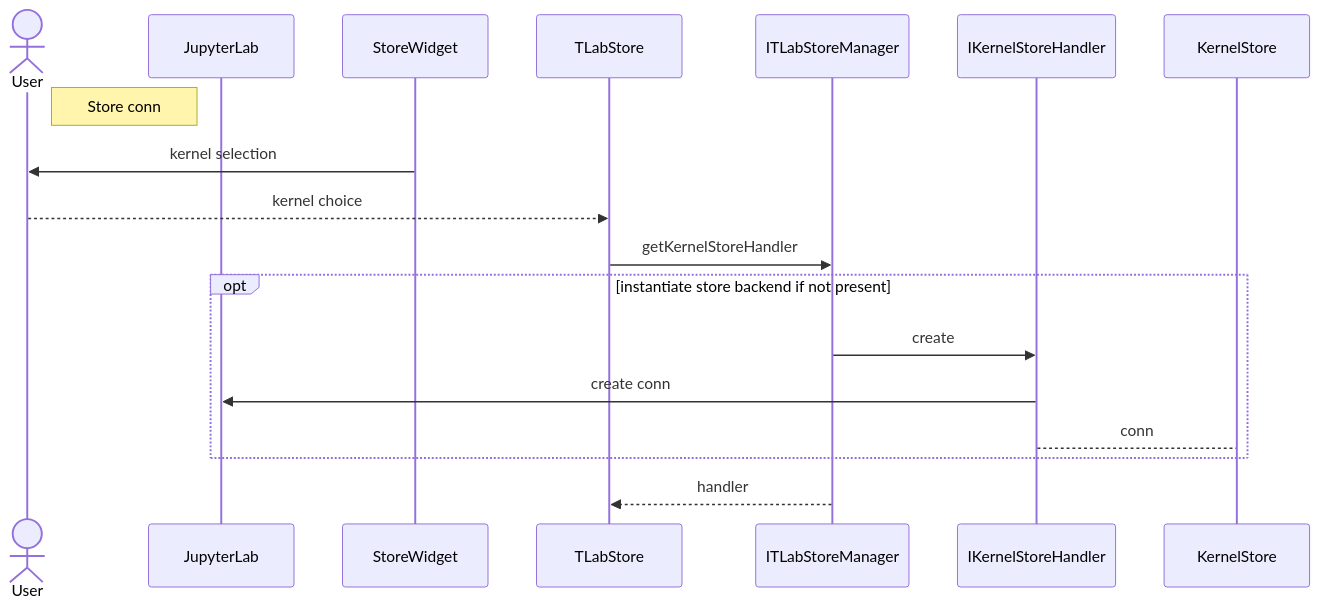
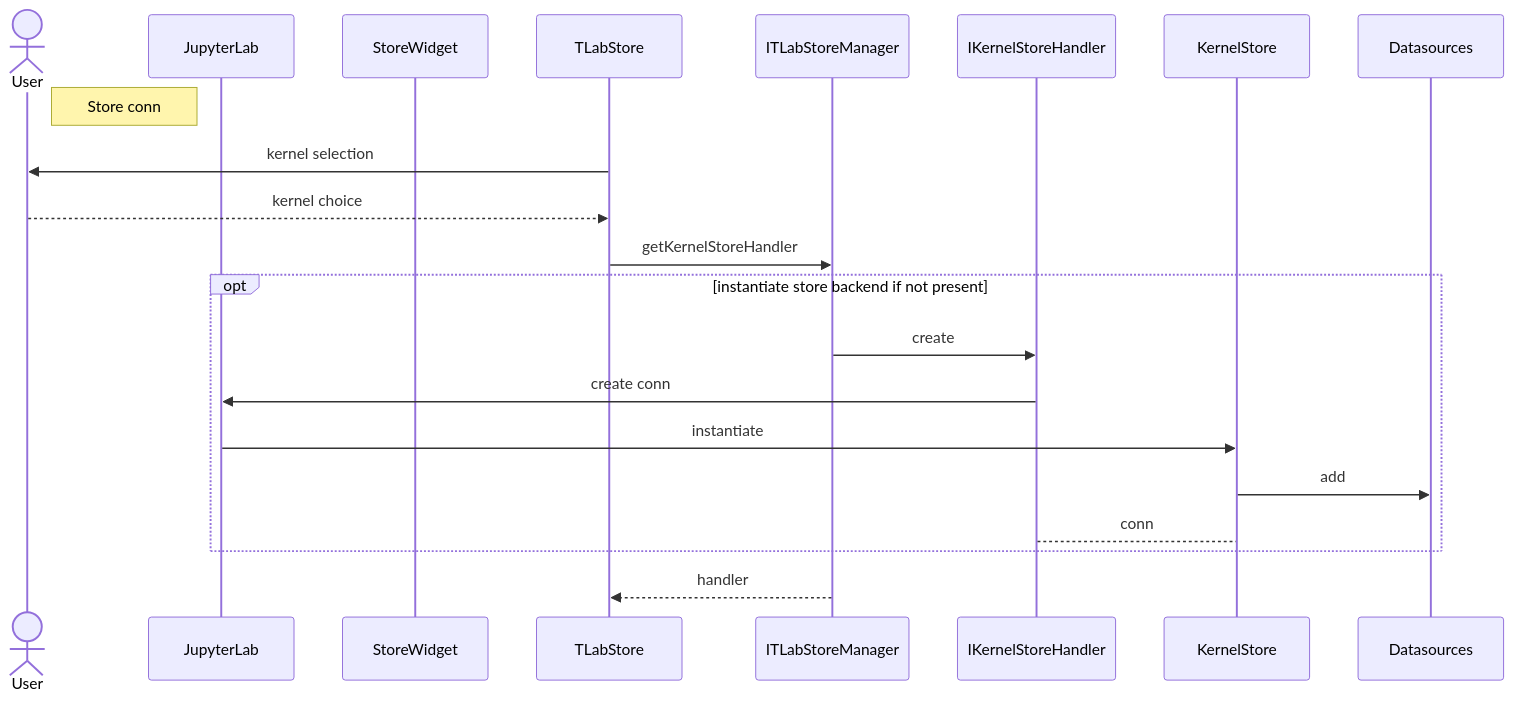
One commit to twiinIT/tlab changed the fourth of 7 diagrams in docs/architecture.md. Above: the diagram before and after it, drawn with Mermaid. The commit also changed other lines of this file, not shown here.

````diff
--- a/docs/architecture.md
+++ b/docs/architecture.md
@@ -97,20 +99,23 @@
 ```mermaid
 sequenceDiagram
     actor User
     participant JupyterLab
     participant StoreWidget
     participant TLabStore
     participant ITLabStoreManager
     participant IKernelStoreHandler
     participant KernelStore
+    participant Datasources
     note right of User : Store conn
-    StoreWidget ->> User : kernel selection
+    TLabStore ->> User : kernel selection
     User -->> TLabStore : kernel choice
     TLabStore ->> ITLabStoreManager : getKernelStoreHandler
     opt instantiate store backend if not present
         ITLabStoreManager ->> IKernelStoreHandler : create
         IKernelStoreHandler ->> JupyterLab : create conn
+        JupyterLab ->> KernelStore : instantiate
+        KernelStore ->> Datasources : add
         IKernelStoreHandler --> KernelStore : conn
     end
     ITLabStoreManager -->> TLabStore : handler
 ```
````
